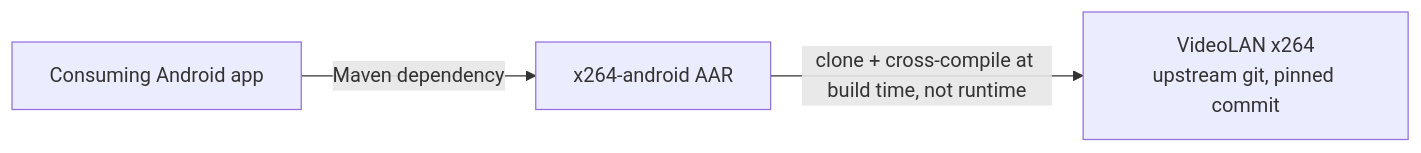
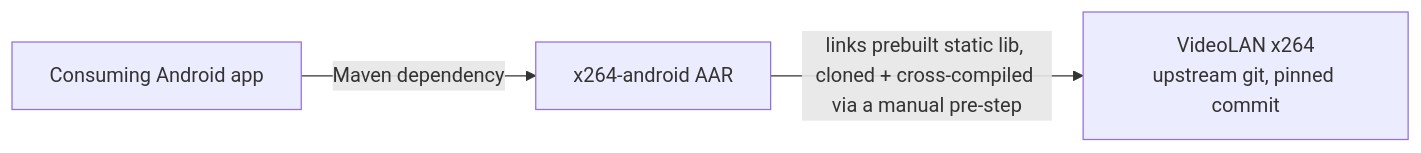
Before and after one commit to DisplayNote/X264Android: the first of 4 diagrams in docs/architecture.md, drawn with Mermaid.

Commit message:
docs: correct architecture diagram label for x264 build step
The context diagram implied Gradle clones/cross-compiles x264 at build
time. In this repo that step is a manual pre-step (build_x264.sh); the
Gradle/ndk-build graph only links the resulting prebuilt static lib.

````diff
--- a/docs/architecture.md
+++ b/docs/architecture.md
@@ -10,5 +10,5 @@
 ```mermaid
 flowchart LR
     App[Consuming Android app] -->|Maven dependency| AAR[x264-android AAR]
-    AAR -->|clone + cross-compile at build time, not runtime| Upstream[VideoLAN x264\nupstream git, pinned commit]
+    AAR -->|links prebuilt static lib, cloned + cross-compiled via a manual pre-step| Upstream[VideoLAN x264\nupstream git, pinned commit]
 ```
````
